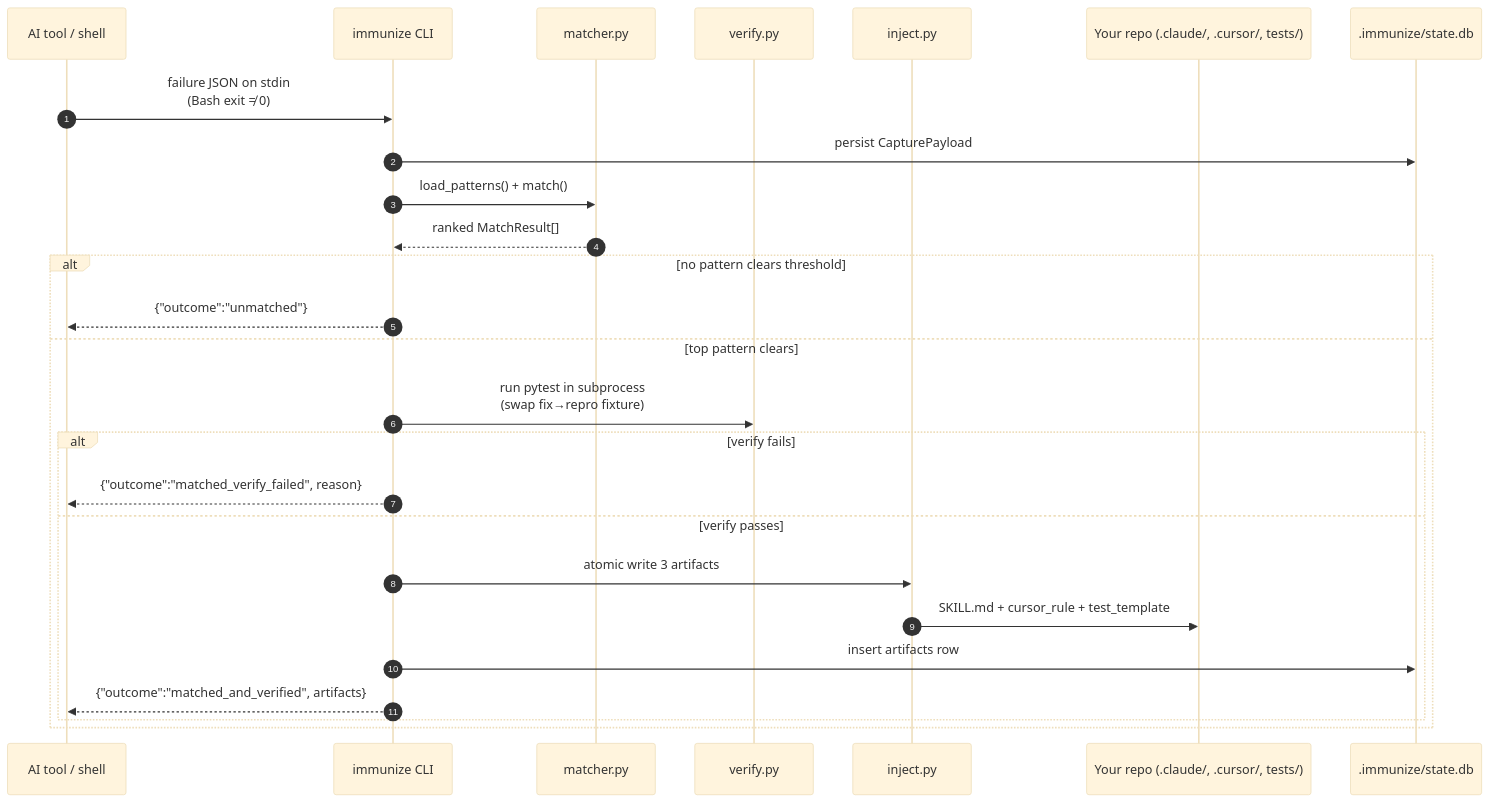
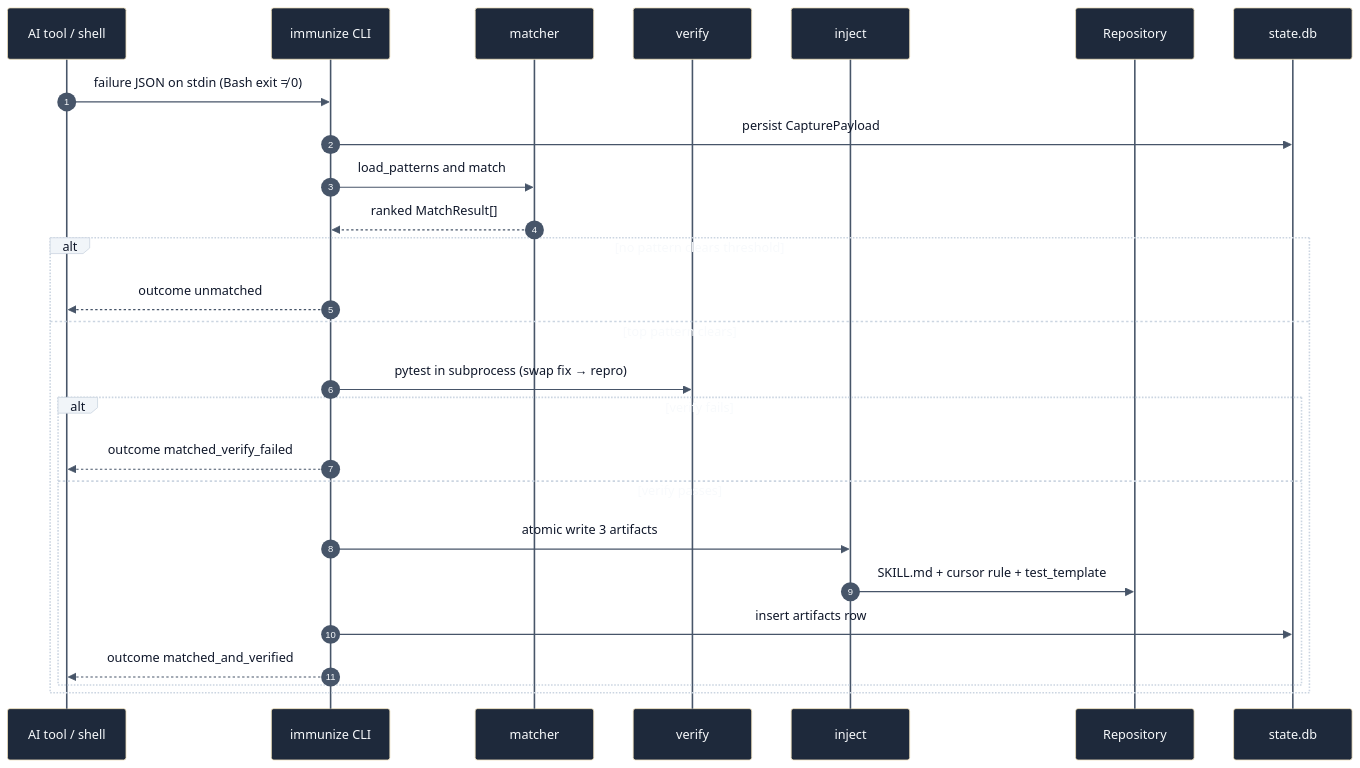
Before and after one commit to viditkbhatnagar/immunize: the third of 14 diagrams in README.md, drawn with Mermaid. The commit also changed other lines of this file, not shown here.

First line of the commit message:
Redesign README mermaid diagrams with corporate styling

````diff
--- a/README.md
+++ b/README.md
@@ -165,30 +182,30 @@
 ```mermaid
-%%{init: {'theme':'base'}}%%
+%%{init: {'theme':'base', 'themeVariables': {'fontFamily':'Inter, system-ui, -apple-system, sans-serif', 'actorBkg':'#1e293b', 'actorTextColor':'#f8fafc', 'actorLineColor':'#475569', 'signalColor':'#475569', 'signalTextColor':'#0f172a', 'labelBoxBkgColor':'#f1f5f9', 'labelBoxBorderColor':'#cbd5e1', 'labelTextColor':'#0f172a', 'noteBkgColor':'#f1f5f9', 'noteBorderColor':'#cbd5e1', 'noteTextColor':'#0f172a', 'sequenceNumberColor':'#f8fafc'}}}%%
 sequenceDiagram
     autonumber
     participant Tool as AI tool / shell
     participant CLI as immunize CLI
-    participant Match as matcher.py
-    participant Verify as verify.py
-    participant Inject as inject.py
-    participant Repo as Your repo (.claude/, .cursor/, tests/)
-    participant DB as .immunize/state.db
+    participant Match as matcher
+    participant Verify as verify
+    participant Inject as inject
+    participant Repo as Repository
+    participant DB as state.db
 
-    Tool->>CLI: failure JSON on stdin<br/>(Bash exit ≠ 0)
+    Tool->>CLI: failure JSON on stdin (Bash exit ≠ 0)
     CLI->>DB: persist CapturePayload
-    CLI->>Match: load_patterns() + match()
+    CLI->>Match: load_patterns and match
     Match-->>CLI: ranked MatchResult[]
     alt no pattern clears threshold
-        CLI-->>Tool: {"outcome":"unmatched"}
+        CLI-->>Tool: outcome unmatched
     else top pattern clears
-        CLI->>Verify: run pytest in subprocess<br/>(swap fix→repro fixture)
+        CLI->>Verify: pytest in subprocess (swap fix → repro)
         alt verify fails
-            CLI-->>Tool: {"outcome":"matched_verify_failed", reason}
+            CLI-->>Tool: outcome matched_verify_failed
         else verify passes
             CLI->>Inject: atomic write 3 artifacts
-            Inject->>Repo: SKILL.md + cursor_rule + test_template
+            Inject->>Repo: SKILL.md + cursor rule + test_template
             CLI->>DB: insert artifacts row
-            CLI-->>Tool: {"outcome":"matched_and_verified", artifacts}
+            CLI-->>Tool: outcome matched_and_verified
         end
     end
 ```
````
